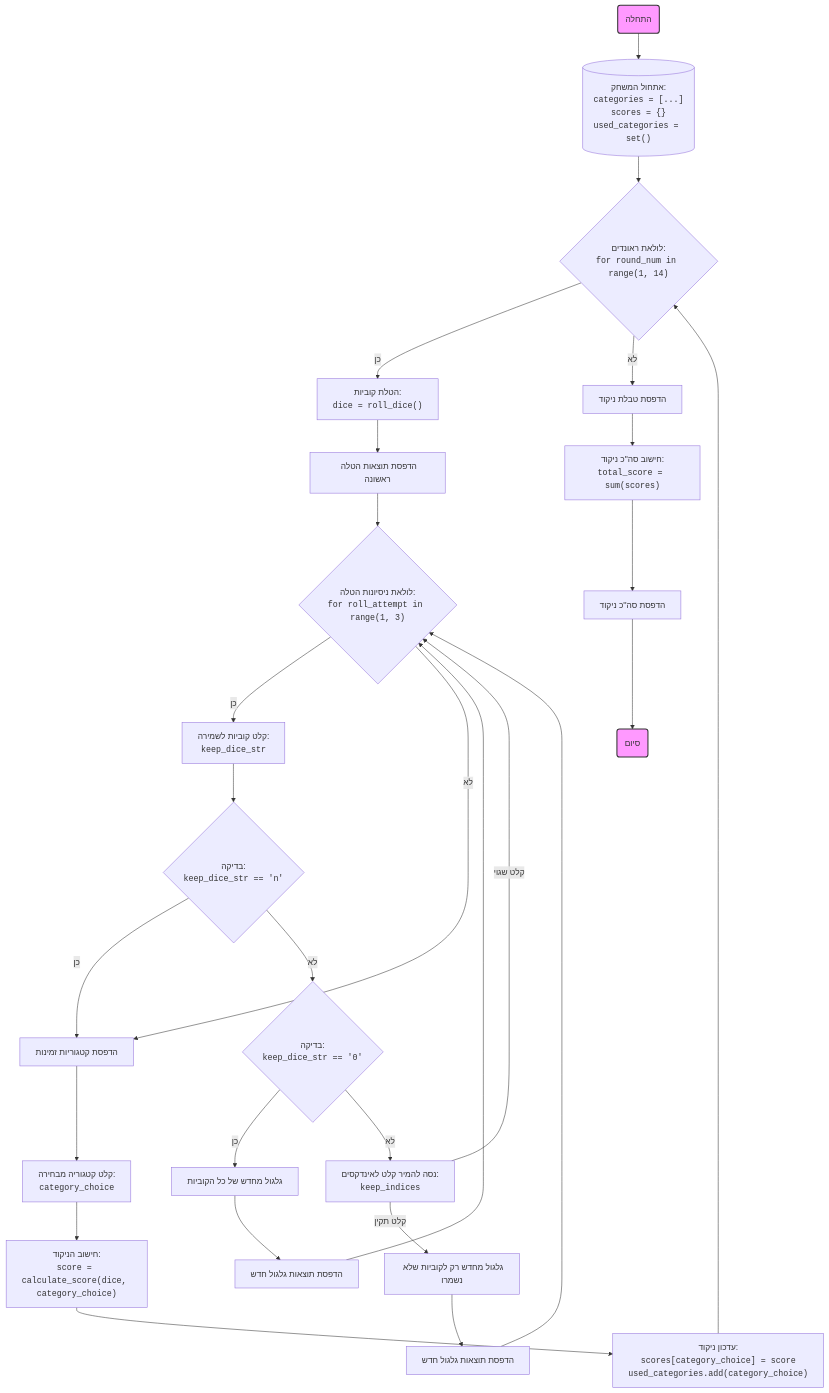
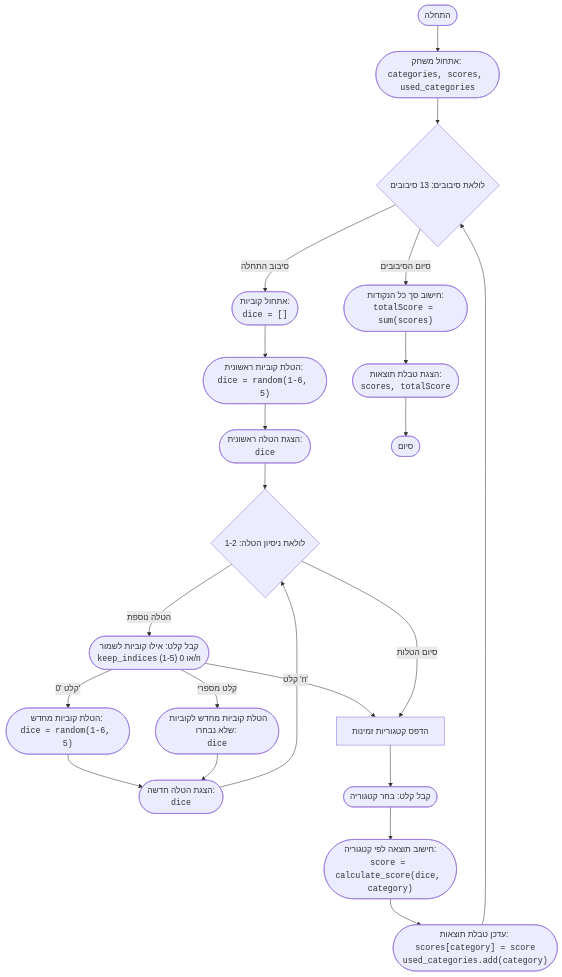
Before and after one commit to hypo69/hypo: the diagram in docs/gemini/he/explainer/src/endpoints/ai_games/101_basic_computer_games/ru/GAMES/YAHTZE/yahtze.py.md, drawn with Mermaid. The commit also changed other lines of this file and 885 other files, not shown here.

````diff
--- a/docs/gemini/he/explainer/src/endpoints/ai_games/101_basic_computer_games/ru/GAMES/YAHTZE/yahtze.py.md
+++ b/docs/gemini/he/explainer/src/endpoints/ai_games/101_basic_computer_games/ru/GAMES/YAHTZE/yahtze.py.md
@@ -50,32 +51,24 @@
 ```mermaid
 flowchart TD
-    Start("התחלה") --> InitializeGame[("אתחול המשחק:<br><code>categories = [...]</code><br><code>scores = {}</code><br><code>used_categories = set()</code>")]
-    InitializeGame --> RoundLoopStart{"לולאת ראונדים:<br><code>for round_num in range(1, 14)</code>"}
-    RoundLoopStart -- "כן" --> RollDiceInit["הטלת קוביות:<br><code>dice = roll_dice()</code>"]
-    RollDiceInit --> PrintFirstRoll["הדפסת תוצאות הטלה ראשונה"]
-    PrintFirstRoll --> RollAttemptLoopStart{"לולאת ניסיונות הטלה:<br><code>for roll_attempt in range(1, 3)</code>"}
-    RollAttemptLoopStart -- "כן" --> InputKeepDice["קלט קוביות לשמירה:<br><code>keep_dice_str</code>"]
-    InputKeepDice --> CheckKeepDiceStr{"בדיקה:<br><code>keep_dice_str == 'n'</code>"}
-    CheckKeepDiceStr -- "כן" --> OutputAvailableCategories["הדפסת קטגוריות זמינות"]
-    CheckKeepDiceStr -- "לא" --> CheckReRollAll{"בדיקה:<br><code>keep_dice_str == '0'</code>"}
-    CheckReRollAll -- "כן" --> ReRollAll["גלגול מחדש של כל הקוביות"]
-    ReRollAll --> PrintNewRoll["הדפסת תוצאות גלגול חדש"]
-    PrintNewRoll --> RollAttemptLoopStart
-    CheckReRollAll -- "לא" --> TryKeepDice["נסה להמיר קלט לאינדקסים:<br><code>keep_indices</code>"]
-    TryKeepDice -- "קלט שגוי" --> RollAttemptLoopStart
-    TryKeepDice -- "קלט תקין" --> ReRollSelectedDice["גלגול מחדש רק לקוביות שלא נשמרו"]
-    ReRollSelectedDice --> PrintNewRoll2["הדפסת תוצאות גלגול חדש"]
-    PrintNewRoll2 --> RollAttemptLoopStart
-    RollAttemptLoopStart -- "לא" --> OutputAvailableCategories
-    OutputAvailableCategories --> InputCategoryChoice["קלט קטגוריה מבחירה:<br><code>category_choice</code>"]
-    InputCategoryChoice --> CalculateScore["חישוב הניקוד:<br><code>score = calculate_score(dice, category_choice)</code>"]
-    CalculateScore --> UpdateScorecard["עדכון ניקוד:<br><code>scores[category_choice] = score</code><br><code>used_categories.add(category_choice)</code>"]
+    Start(["התחלה"]) --> InitializeGame(["אתחול משחק: <br><code>categories, scores, used_categories</code>"])
+    InitializeGame --> RoundLoopStart{"לולאת סיבובים: 13 סיבובים"}
+    RoundLoopStart -- "סיבוב התחלה" --> InitializeDice(["אתחול קוביות: <br><code>dice = []</code>"])
+    InitializeDice --> RollDice1(["הטלת קוביות ראשונית: <br><code>dice = random(1-6, 5)</code>"])
+    RollDice1 --> OutputDice1(["הצגת הטלה ראשונית:<br><code>dice</code>"])
+    OutputDice1 --> RollAttemptLoop{"לולאת ניסיון הטלה: 1-2"}
+    RollAttemptLoop -- "הטלה נוספת" --> InputKeepDice(["קבל קלט: אילו קוביות לשמור <br><code>keep_indices</code> (1-5) או 0/n"])
+    InputKeepDice --"קלט 'n'" --> OutputAvailableCategories["הדפס קטגוריות זמינות"]
+    InputKeepDice --"קלט '0'" --> RollDice2(["הטלת קוביות מחדש: <br><code>dice = random(1-6, 5)</code>"])
+    RollDice2 --> OutputDice2(["הצגת הטלה חדשה: <br><code>dice</code>"])
+     OutputDice2-->RollAttemptLoop
+    InputKeepDice --"קלט מספרי" --> ReRollDice(["הטלת קוביות מחדש לקוביות שלא נבחרו: <br><code>dice</code>"])
+    ReRollDice --> OutputDice2
+    RollAttemptLoop --"סיום הטלות"-->OutputAvailableCategories
+    OutputAvailableCategories --> InputCategory(["קבל קלט: בחר קטגוריה"])
+    InputCategory --> CalculateScore(["חישוב תוצאה לפי קטגוריה:<br><code>score = calculate_score(dice, category)</code>"])
+    CalculateScore --> UpdateScorecard(["עדכן טבלת תוצאות: <br><code>scores[category] = score</code><br><code>used_categories.add(category)</code>"])
     UpdateScorecard --> RoundLoopStart
-    RoundLoopStart -- "לא" --> OutputScorecard["הדפסת טבלת ניקוד"]
-    OutputScorecard --> CalculateTotalScore["חישוב סה''כ ניקוד:<br><code>total_score = sum(scores)</code>"]
-    CalculateTotalScore --> PrintTotalScore["הדפסת סה''כ ניקוד"]
-    PrintTotalScore --> End("סיום")
-
-    style Start fill:#f9f,stroke:#333,stroke-width:2px
-    style End fill:#f9f,stroke:#333,stroke-width:2px
+    RoundLoopStart -- "סיום הסיבובים"--> CalculateTotalScore(["חישוב סך כל הנקודות:<br><code>totalScore = sum(scores)</code>"])
+    CalculateTotalScore --> OutputScorecard(["הצגת טבלת תוצאות:<br><code>scores, totalScore</code>"])
+    OutputScorecard --> End(["סיום"])
 ```
````
